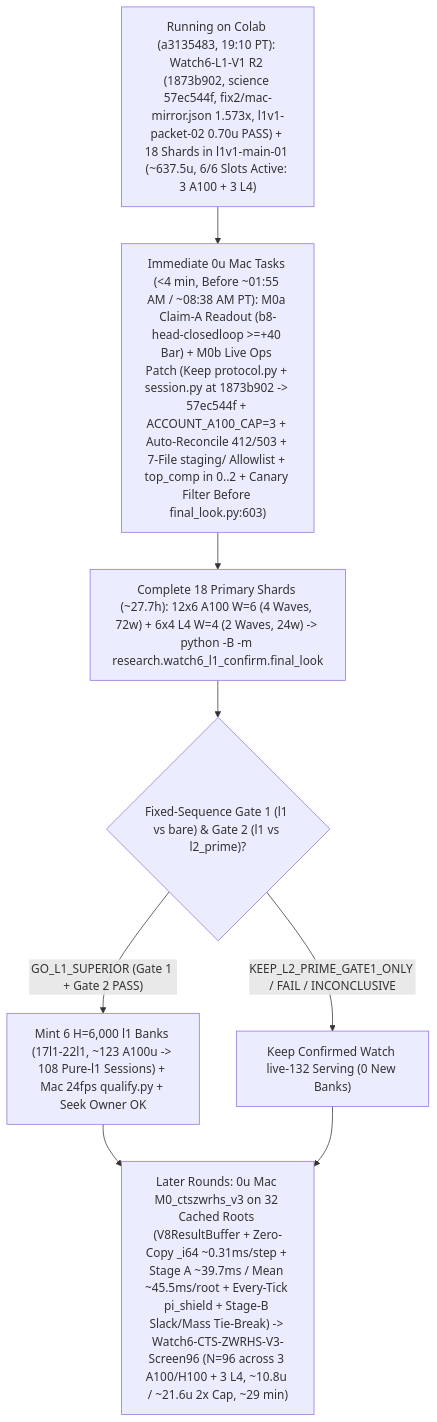
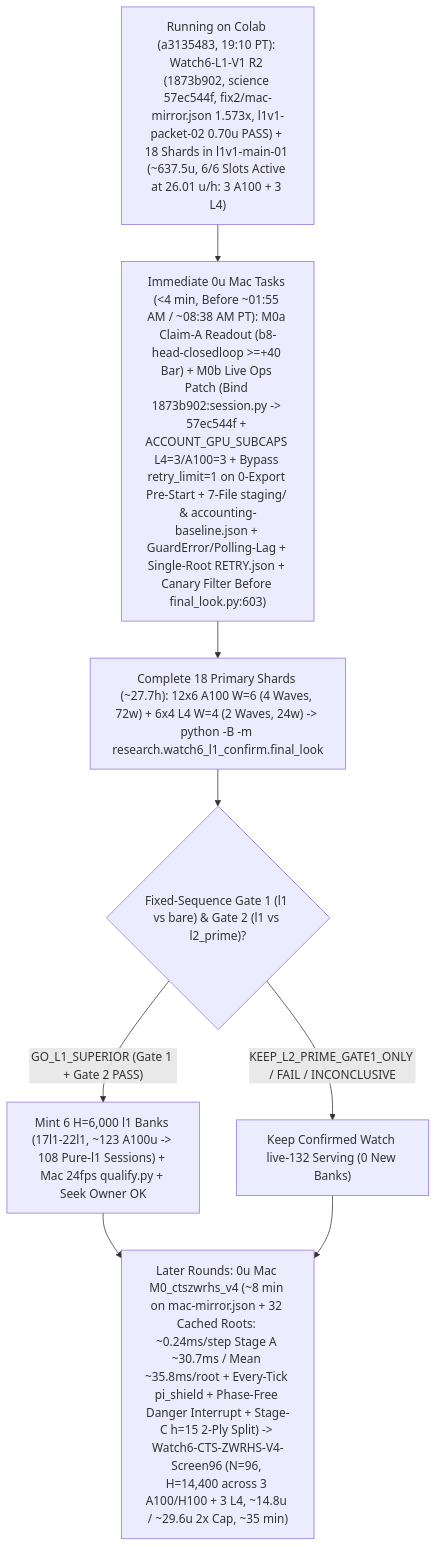
The diagram in docs/research/ROADMAP.md (josenunezwork/snake-dqn), drawn with Mermaid before and after one commit. The commit also changed other lines of this file, not shown here.

Commit message:
docs(roadmap): fold in Round-25 synthesis (advice, not decisions)

````diff
--- a/docs/research/ROADMAP.md
+++ b/docs/research/ROADMAP.md
@@ -98,10 +99,10 @@
 ```mermaid
 flowchart TD
-    LIVE["Running on Colab (a3135483, 19:10 PT): Watch6-L1-V1 R2 (1873b902, science 57ec544f, fix2/mac-mirror.json 1.573x, l1v1-packet-02 0.70u PASS) + 18 Shards in l1v1-main-01 (~637.5u, 6/6 Slots Active: 3 A100 + 3 L4)"] --> M0["Immediate 0u Mac Tasks (<4 min, Before ~01:55 AM / ~08:38 AM PT): M0a Claim-A Readout (b8-head-closedloop >=+40 Bar) + M0b Live Ops Patch (Keep protocol.py + session.py at 1873b902 -> 57ec544f + ACCOUNT_A100_CAP=3 + Auto-Reconcile 412/503 + 7-File staging/ Allowlist + top_comp in 0..2 + Canary Filter Before final_look.py:603)"]
+    LIVE["Running on Colab (a3135483, 19:10 PT): Watch6-L1-V1 R2 (1873b902, science 57ec544f, fix2/mac-mirror.json 1.573x, l1v1-packet-02 0.70u PASS) + 18 Shards in l1v1-main-01 (~637.5u, 6/6 Slots Active at 26.01 u/h: 3 A100 + 3 L4)"] --> M0["Immediate 0u Mac Tasks (<4 min, Before ~01:55 AM / ~08:38 AM PT): M0a Claim-A Readout (b8-head-closedloop >=+40 Bar) + M0b Live Ops Patch (Bind 1873b902:session.py -> 57ec544f + ACCOUNT_GPU_SUBCAPS L4=3/A100=3 + Bypass retry_limit=1 on 0-Export Pre-Start + 7-File staging/ & accounting-baseline.json + GuardError/Polling-Lag + Single-Root RETRY.json + Canary Filter Before final_look.py:603)"]
     M0 --> WAVES["Complete 18 Primary Shards (~27.7h): 12x6 A100 W=6 (4 Waves, 72w) + 6x4 L4 W=4 (2 Waves, 24w) -> python -B -m research.watch6_l1_confirm.final_look"]
     WAVES --> GATES{"Fixed-Sequence Gate 1 (l1 vs bare) & Gate 2 (l1 vs l2_prime)?"}
     GATES -- "GO_L1_SUPERIOR (Gate 1 + Gate 2 PASS)" --> SUP["Mint 6 H=6,000 l1 Banks (17l1-22l1, ~123 A100u -> 108 Pure-l1 Sessions) + Mac 24fps qualify.py + Seek Owner OK"]
     GATES -- "KEEP_L2_PRIME_GATE1_ONLY / FAIL / INCONCLUSIVE" --> KEEP["Keep Confirmed Watch live-132 Serving (0 New Banks)"]
-    SUP --> LATER["Later Rounds: 0u Mac M0_ctszwrhs_v3 on 32 Cached Roots (V8ResultBuffer + Zero-Copy _i64 ~0.31ms/step + Stage A ~39.7ms / Mean ~45.5ms/root + Every-Tick pi_shield + Stage-B Slack/Mass Tie-Break) -> Watch6-CTS-ZWRHS-V3-Screen96 (N=96 across 3 A100/H100 + 3 L4, ~10.8u / ~21.6u 2x Cap, ~29 min)"]
+    SUP --> LATER["Later Rounds: 0u Mac M0_ctszwrhs_v4 (~8 min on mac-mirror.json + 32 Cached Roots: ~0.24ms/step Stage A ~30.7ms / Mean ~35.8ms/root + Every-Tick pi_shield + Phase-Free Danger Interrupt + Stage-C h=15 2-Ply Split) -> Watch6-CTS-ZWRHS-V4-Screen96 (N=96, H=14,400 across 3 A100/H100 + 3 L4, ~14.8u / ~29.6u 2x Cap, ~35 min)"]
     KEEP --> LATER
 ```
````
